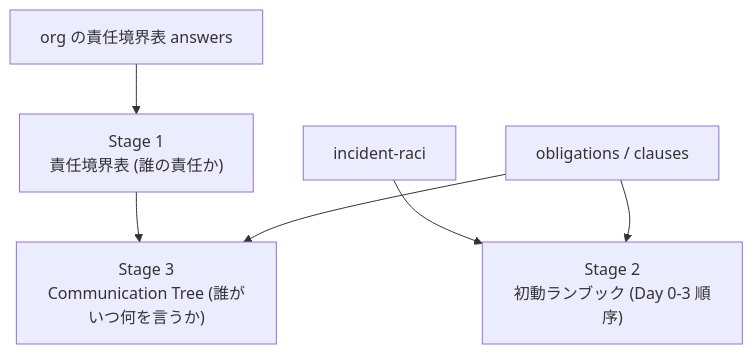
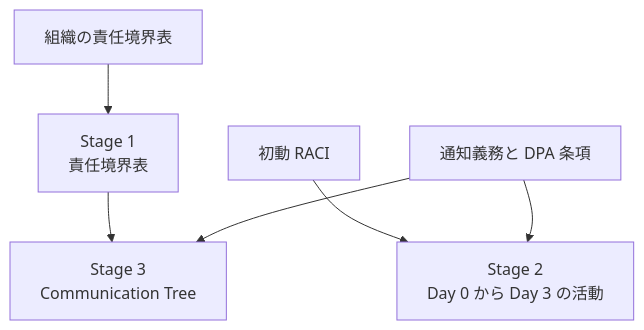
The first of 2 diagrams in docs/04_tabletop_and_runbook.md (suwa-sh/shared-infra-incident-readiness), drawn with Mermaid before and after one commit. The commit also changed other lines of this file and 10 other files, not shown here.

````diff
--- a/docs/04_tabletop_and_runbook.md
+++ b/docs/04_tabletop_and_runbook.md
@@ -23,8 +35,8 @@
 ```mermaid
 graph TB
-  answers["org の責任境界表 answers"] --> s1["Stage 1<br/>責任境界表 (誰の責任か)"]
-  raci["incident-raci"] --> s2["Stage 2<br/>初動ランブック (Day 0-3 順序)"]
-  obl["obligations / clauses"] --> s2
-  s1 --> s3["Stage 3<br/>Communication Tree (誰がいつ何を言うか)"]
-  obl --> s3
+  answers["組織の責任境界表"] --> stage1["Stage 1<br/>責任境界表"]
+  raci["初動 RACI"] --> stage2["Stage 2<br/>Day 0 から Day 3 の活動"]
+  obligations["通知義務と DPA 条項"] --> stage2
+  stage1 --> stage3["Stage 3<br/>Communication Tree"]
+  obligations --> stage3
 ```
````
